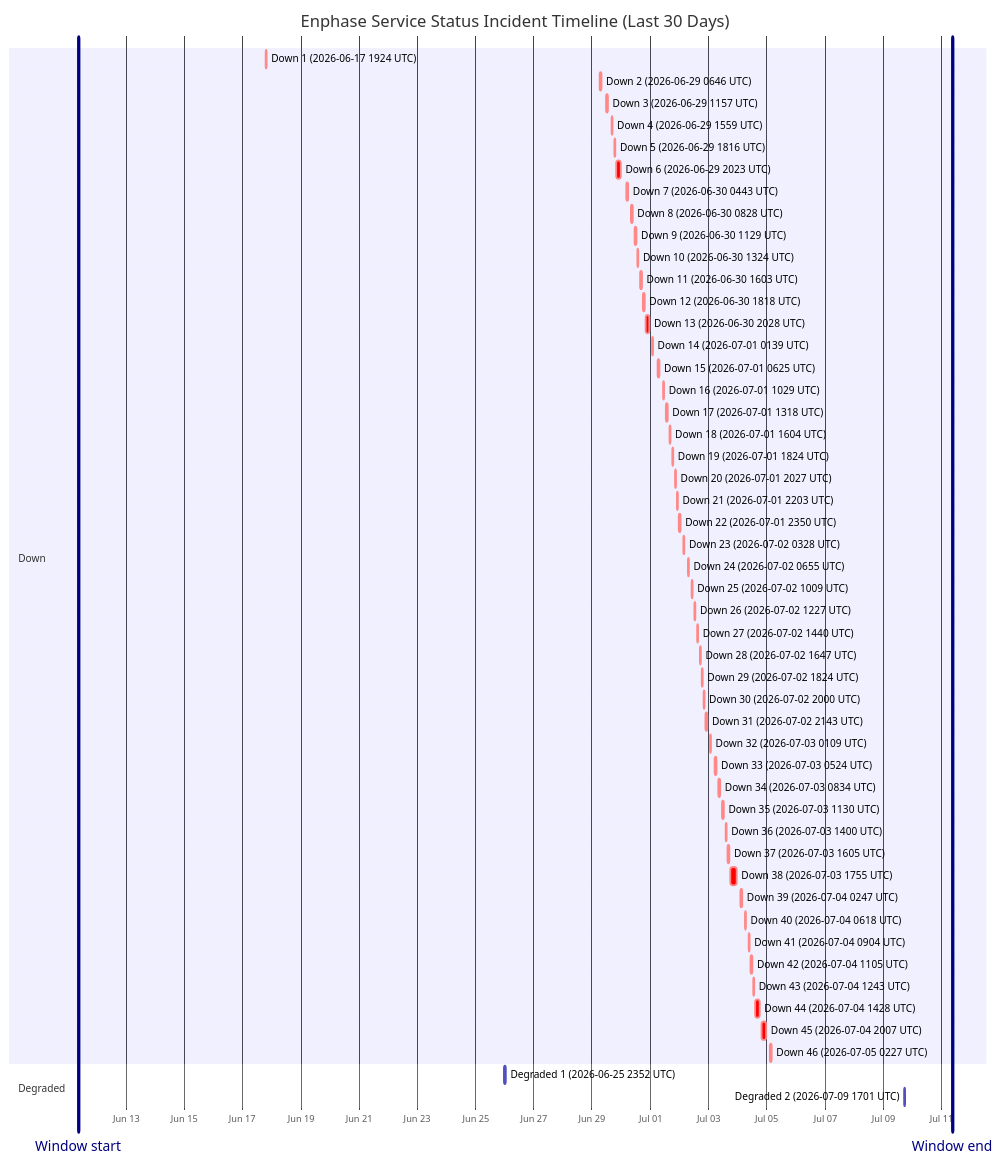
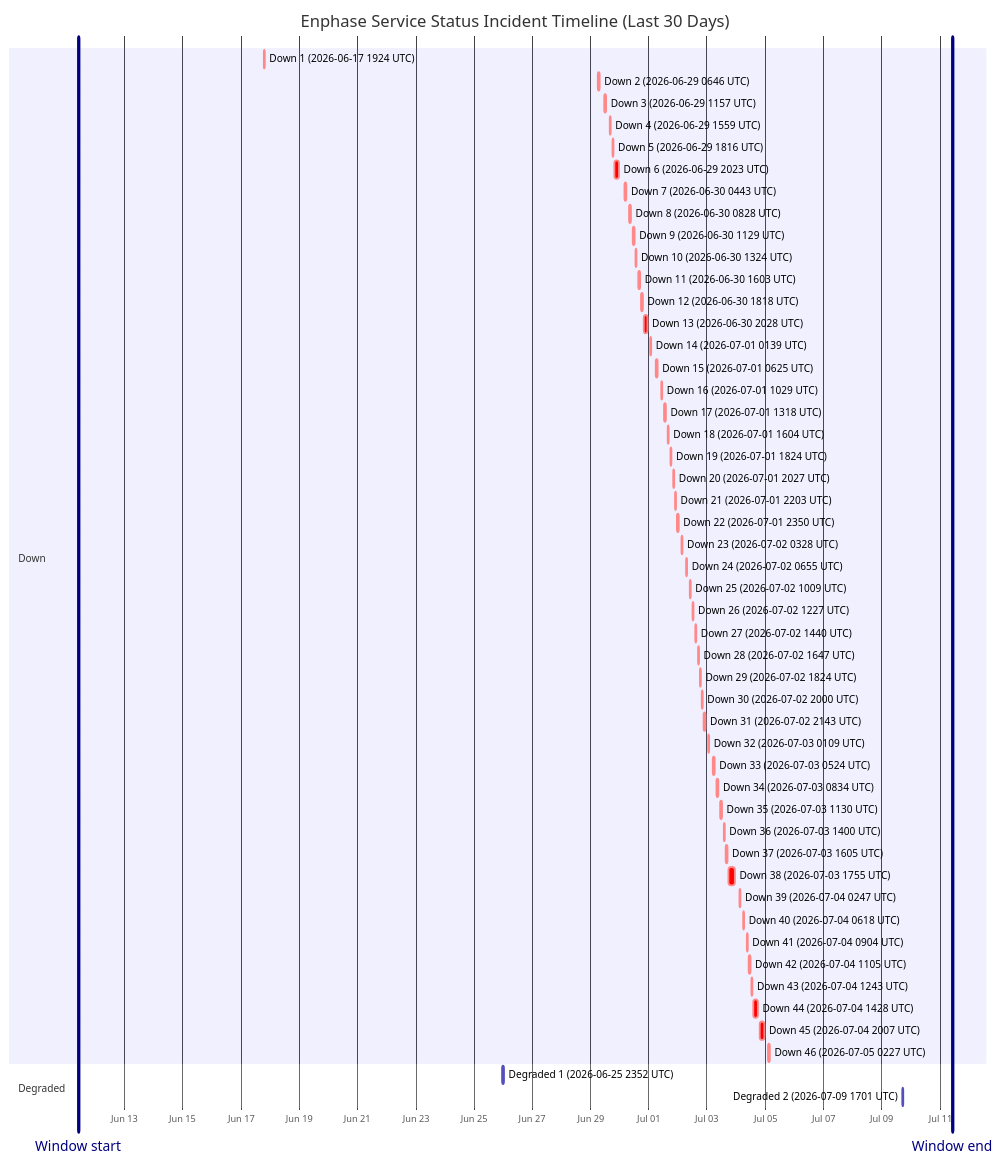
Before and after one commit to barneyonline/ha-enphase-energy: the diagram in wiki/Service-Status-History.md, drawn with Mermaid. The commit also changed other lines of this file and 3 other files, not shown here.

````diff
--- a/wiki/Service-Status-History.md
+++ b/wiki/Service-Status-History.md
@@ -14,58 +14,58 @@
 ```mermaid
 gantt
     title Enphase Service Status Incident Timeline (Last 30 Days)
     dateFormat  YYYY-MM-DDTHH:mm:ss
     axisFormat  %b %d
-    Window start :vert, window-start, 2026-06-11T08:45:29, 0ms
-    Window end :vert, window-end, 2026-07-11T08:45:29, 0ms
+    Window start :vert, window-start, 2026-06-11T10:13:05, 0ms
+    Window end :vert, window-end, 2026-07-11T10:13:05, 0ms
     section Down
     Down 1 (2026-06-17 1924 UTC) :crit, down-1, 2026-06-17T19:24:51, 60m
     Down 2 (2026-06-29 0646 UTC) :crit, down-2, 2026-06-29T06:46:18, 60m
     Down 3 (2026-06-29 1157 UTC) :crit, down-3, 2026-06-29T11:57:36, 60m
     Down 4 (2026-06-29 1559 UTC) :crit, down-4, 2026-06-29T15:59:02, 60m
     Down 5 (2026-06-29 1816 UTC) :crit, down-5, 2026-06-29T18:16:38, 60m
     Down 6 (2026-06-29 2023 UTC) :crit, down-6, 2026-06-29T20:23:16, 220m
     Down 7 (2026-06-30 0443 UTC) :crit, down-7, 2026-06-30T04:43:54, 60m
     Down 8 (2026-06-30 0828 UTC) :crit, down-8, 2026-06-30T08:28:43, 60m
     Down 9 (2026-06-30 1129 UTC) :crit, down-9, 2026-06-30T11:29:15, 60m
     Down 10 (2026-06-30 1324 UTC) :crit, down-10, 2026-06-30T13:24:25, 60m
     Down 11 (2026-06-30 1603 UTC) :crit, down-11, 2026-06-30T16:03:26, 60m
     Down 12 (2026-06-30 1818 UTC) :crit, down-12, 2026-06-30T18:18:39, 60m
     Down 13 (2026-06-30 2028 UTC) :crit, down-13, 2026-06-30T20:28:54, 171m
     Down 14 (2026-07-01 0139 UTC) :crit, down-14, 2026-07-01T01:39:18, 60m
     Down 15 (2026-07-01 0625 UTC) :crit, down-15, 2026-07-01T06:25:35, 60m
     Down 16 (2026-07-01 1029 UTC) :crit, down-16, 2026-07-01T10:29:24, 60m
     Down 17 (2026-07-01 1318 UTC) :crit, down-17, 2026-07-01T13:18:31, 60m
     Down 18 (2026-07-01 1604 UTC) :crit, down-18, 2026-07-01T16:04:29, 60m
     Down 19 (2026-07-01 1824 UTC) :crit, down-19, 2026-07-01T18:24:21, 60m
     Down 20 (2026-07-01 2027 UTC) :crit, down-20, 2026-07-01T20:27:17, 60m
     Down 21 (2026-07-01 2203 UTC) :crit, down-21, 2026-07-01T22:03:46, 60m
     Down 22 (2026-07-01 2350 UTC) :crit, down-22, 2026-07-01T23:50:52, 60m
     Down 23 (2026-07-02 0328 UTC) :crit, down-23, 2026-07-02T03:28:33, 60m
     Down 24 (2026-07-02 0655 UTC) :crit, down-24, 2026-07-02T06:55:07, 60m
     Down 25 (2026-07-02 1009 UTC) :crit, down-25, 2026-07-02T10:09:15, 60m
     Down 26 (2026-07-02 1227 UTC) :crit, down-26, 2026-07-02T12:27:49, 60m
     Down 27 (2026-07-02 1440 UTC) :crit, down-27, 2026-07-02T14:40:53, 60m
     Down 28 (2026-07-02 1647 UTC) :crit, down-28, 2026-07-02T16:47:47, 60m
     Down 29 (2026-07-02 1824 UTC) :crit, down-29, 2026-07-02T18:24:26, 60m
     Down 30 (2026-07-02 2000 UTC) :crit, down-30, 2026-07-02T20:00:57, 60m
     Down 31 (2026-07-02 2143 UTC) :crit, down-31, 2026-07-02T21:43:52, 80m
     Down 32 (2026-07-03 0109 UTC) :crit, down-32, 2026-07-03T01:09:19, 60m
     Down 33 (2026-07-03 0524 UTC) :crit, down-33, 2026-07-03T05:24:23, 60m
     Down 34 (2026-07-03 0834 UTC) :crit, down-34, 2026-07-03T08:34:05, 60m
     Down 35 (2026-07-03 1130 UTC) :crit, down-35, 2026-07-03T11:30:41, 60m
     Down 36 (2026-07-03 1400 UTC) :crit, down-36, 2026-07-03T14:00:48, 60m
     Down 37 (2026-07-03 1605 UTC) :crit, down-37, 2026-07-03T16:05:49, 60m
     Down 38 (2026-07-03 1755 UTC) :crit, down-38, 2026-07-03T17:55:54, 338m
     Down 39 (2026-07-04 0247 UTC) :crit, down-39, 2026-07-04T02:47:22, 60m
     Down 40 (2026-07-04 0618 UTC) :crit, down-40, 2026-07-04T06:18:09, 60m
     Down 41 (2026-07-04 0904 UTC) :crit, down-41, 2026-07-04T09:04:41, 60m
     Down 42 (2026-07-04 1105 UTC) :crit, down-42, 2026-07-04T11:05:21, 60m
     Down 43 (2026-07-04 1243 UTC) :crit, down-43, 2026-07-04T12:43:25, 60m
     Down 44 (2026-07-04 1428 UTC) :crit, down-44, 2026-07-04T14:28:07, 243m
     Down 45 (2026-07-04 2007 UTC) :crit, down-45, 2026-07-04T20:07:50, 206m
     Down 46 (2026-07-05 0227 UTC) :crit, down-46, 2026-07-05T02:27:32, 109m
     section Degraded
     Degraded 1 (2026-06-25 2352 UTC) :active, degraded-1, 2026-06-25T23:52:01, 60m
     Degraded 2 (2026-07-09 1701 UTC) :active, degraded-2, 2026-07-09T17:01:02, 60m
 ```
````
